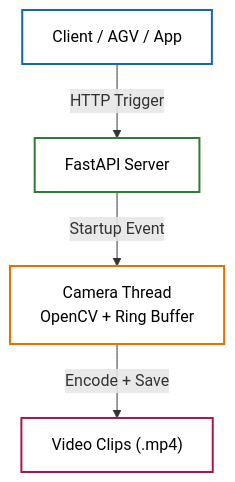
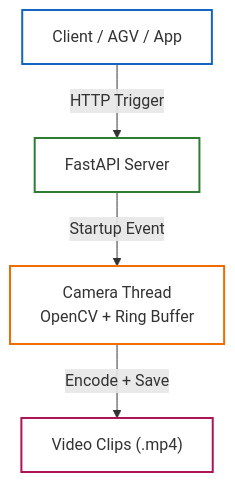
One commit to saccarozo03/camera_server changed the diagram in README.md. Above: the diagram before and after it, drawn with Mermaid.

Commit message:
Change architecture diagram styles to adaptive
Updated architecture diagram styles to adaptive styles with no fixed background fill.

````diff
--- a/README.md
+++ b/README.md
@@ -10,22 +10,22 @@
 ```mermaid
 flowchart TD
 
-    %% ===== White Theme Styles =====
-    classDef client fill:#FFFFFF,stroke:#1565C0,stroke-width:2px,color:#000;
-    classDef server fill:#FFFFFF,stroke:#2E7D32,stroke-width:2px,color:#000;
-    classDef camera fill:#FFFFFF,stroke:#EF6C00,stroke-width:2px,color:#000;
-    classDef output fill:#FFFFFF,stroke:#AD1457,stroke-width:2px,color:#000;
+    %% ===== Adaptive Styles (No fixed background fill) =====
+    classDef client stroke:#1565C0,stroke-width:2px,fill:none;
+    classDef server stroke:#2E7D32,stroke-width:2px,fill:none;
+    classDef camera stroke:#EF6C00,stroke-width:2px,fill:none;
+    classDef output stroke:#AD1457,stroke-width:2px,fill:none;
 
     %% ===== Architecture Flow =====
     A["Client / AGV / App"] -->|HTTP Trigger| B["FastAPI Server"]
     B -->|Startup Event| C["Camera Thread<br/>OpenCV + Ring Buffer"]
     C -->|Encode + Save| D["Video Clips (.mp4)"]
 
     %% ===== Apply Styles =====
     class A client
     class B server
     class C camera
     class D output
 
 
 ```
````
